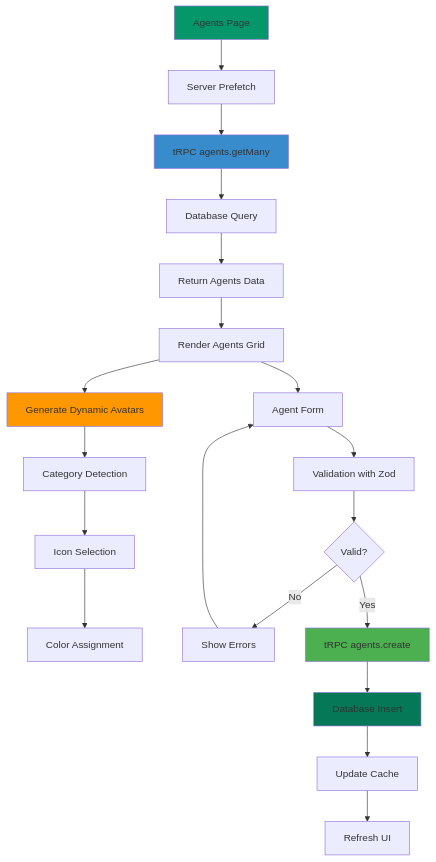
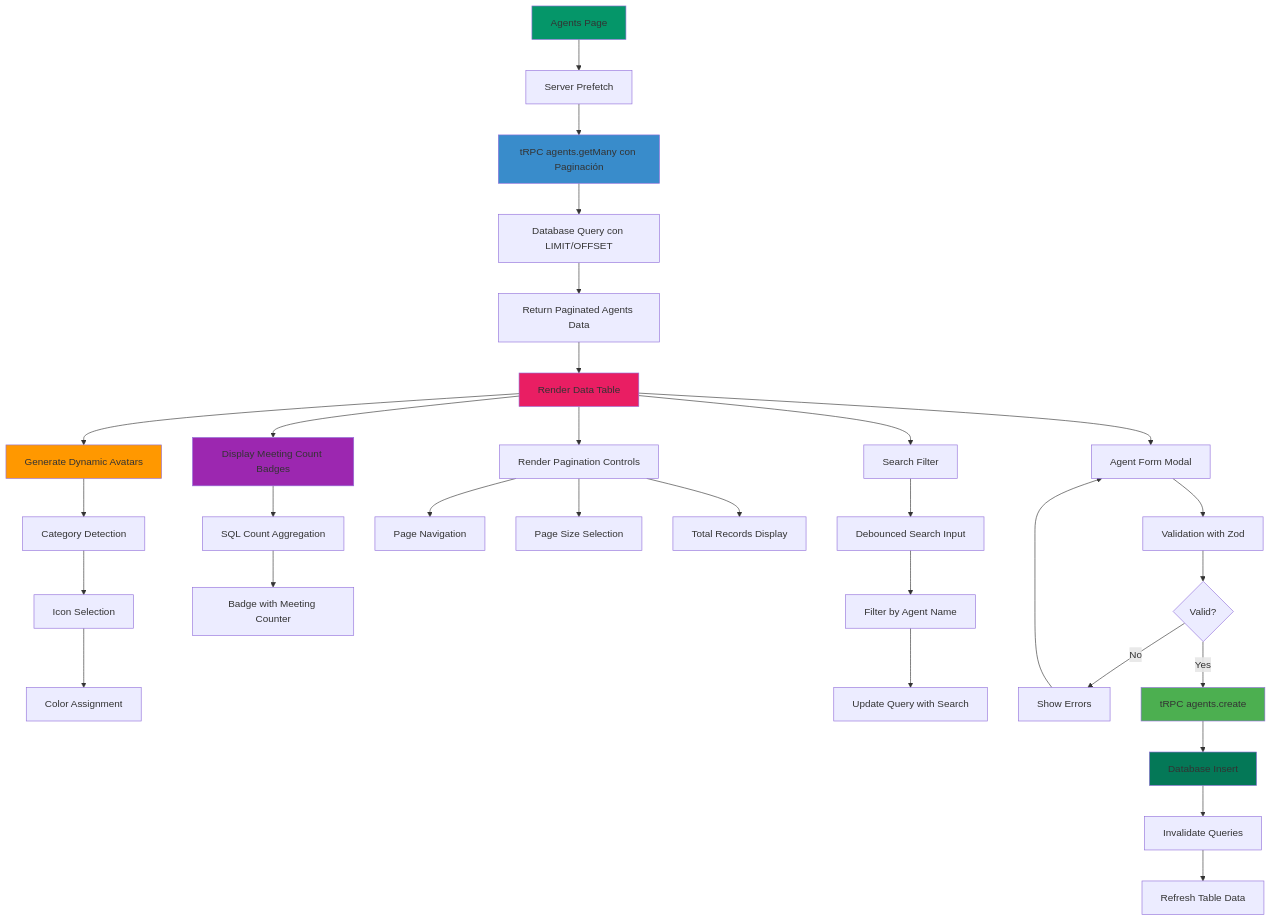
Before and after one commit to felipesanchez-dev/agentesia: the fourth of 14 diagrams in README.md, drawn with Mermaid. The commit also changed other lines of this file, not shown here.

Commit message:
docs: Update README.md with enhanced features, architecture diagrams, and improved documentation

````diff
--- a/README.md
+++ b/README.md
@@ -271,31 +317,48 @@
 ```mermaid
 flowchart TD
     A[Agents Page] --> B[Server Prefetch]
-    B --> C[tRPC agents.getMany]
-    C --> D[Database Query]
-    D --> E[Return Agents Data]
-    
-    E --> F[Render Agents Grid]
+    B --> C[tRPC agents.getMany con Paginación]
+    C --> D[Database Query con LIMIT/OFFSET]
+    D --> E[Return Paginated Agents Data]
+
+    E --> F[Render Data Table]
     F --> G[Generate Dynamic Avatars]
-    G --> H[Category Detection]
-    H --> I[Icon Selection]
-    I --> J[Color Assignment]
-    
-    F --> K[Agent Form]
-    K --> L[Validation with Zod]
-    L --> M{Valid?}
-    M -->|No| N[Show Errors]
-    M -->|Yes| O[tRPC agents.create]
-    
-    O --> P[Database Insert]
-    P --> Q[Update Cache]
-    Q --> R[Refresh UI]
-    
-    N --> K
-    
+    F --> H[Display Meeting Count Badges]
+    F --> I[Render Pagination Controls]
+
+    G --> J[Category Detection]
+    J --> K[Icon Selection]
+    K --> L[Color Assignment]
+
+    H --> M[SQL Count Aggregation]
+    M --> N[Badge with Meeting Counter]
+
+    I --> O[Page Navigation]
+    I --> P[Page Size Selection]
+    I --> Q[Total Records Display]
+
+    F --> R[Search Filter]
+    R --> S[Debounced Search Input]
+    S --> T[Filter by Agent Name]
+    T --> U[Update Query with Search]
+
+    F --> V[Agent Form Modal]
+    V --> W[Validation with Zod]
+    W --> X{Valid?}
+    X -->|No| Y[Show Errors]
+    X -->|Yes| Z[tRPC agents.create]
+
+    Z --> AA[Database Insert]
+    AA --> BB[Invalidate Queries]
+    BB --> CC[Refresh Table Data]
+
+    Y --> V
+
     style A fill:#059669
     style C fill:#398CCB
     style G fill:#ff9800
-    style O fill:#4caf50
-    style P fill:#047857
+    style H fill:#9c27b0
+    style Z fill:#4caf50
+    style AA fill:#047857
+    style F fill:#e91e63
 ```
````
